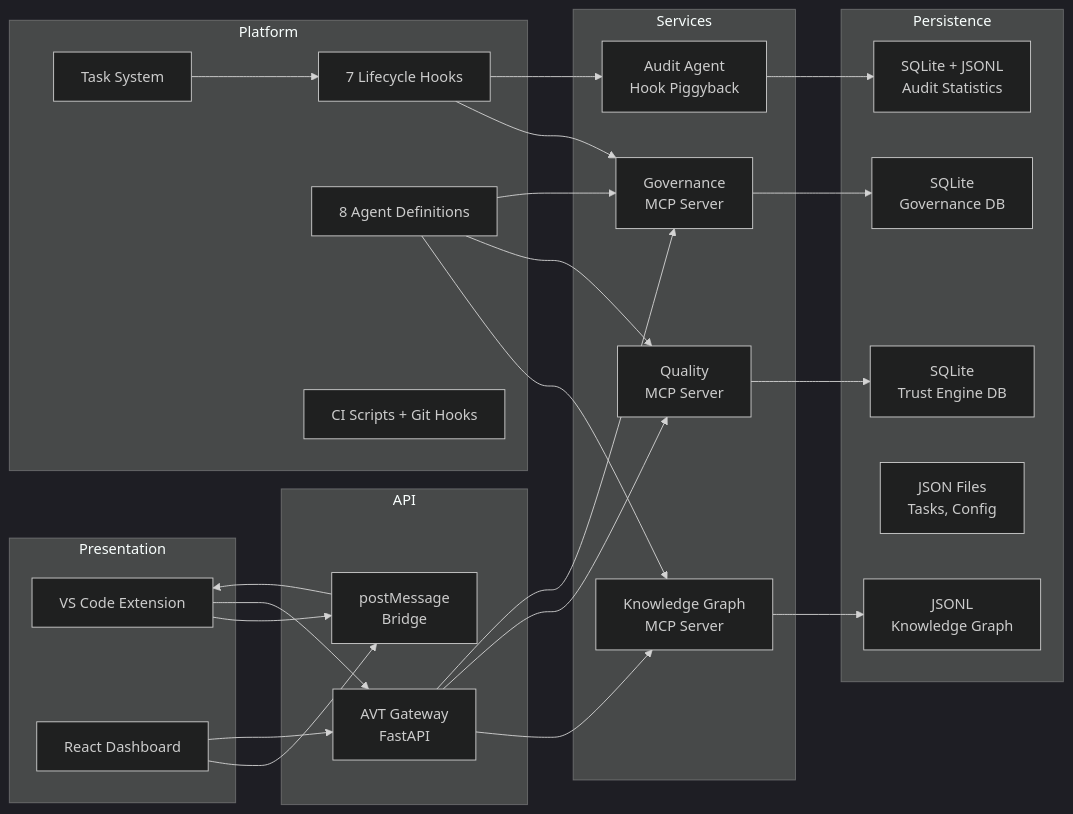
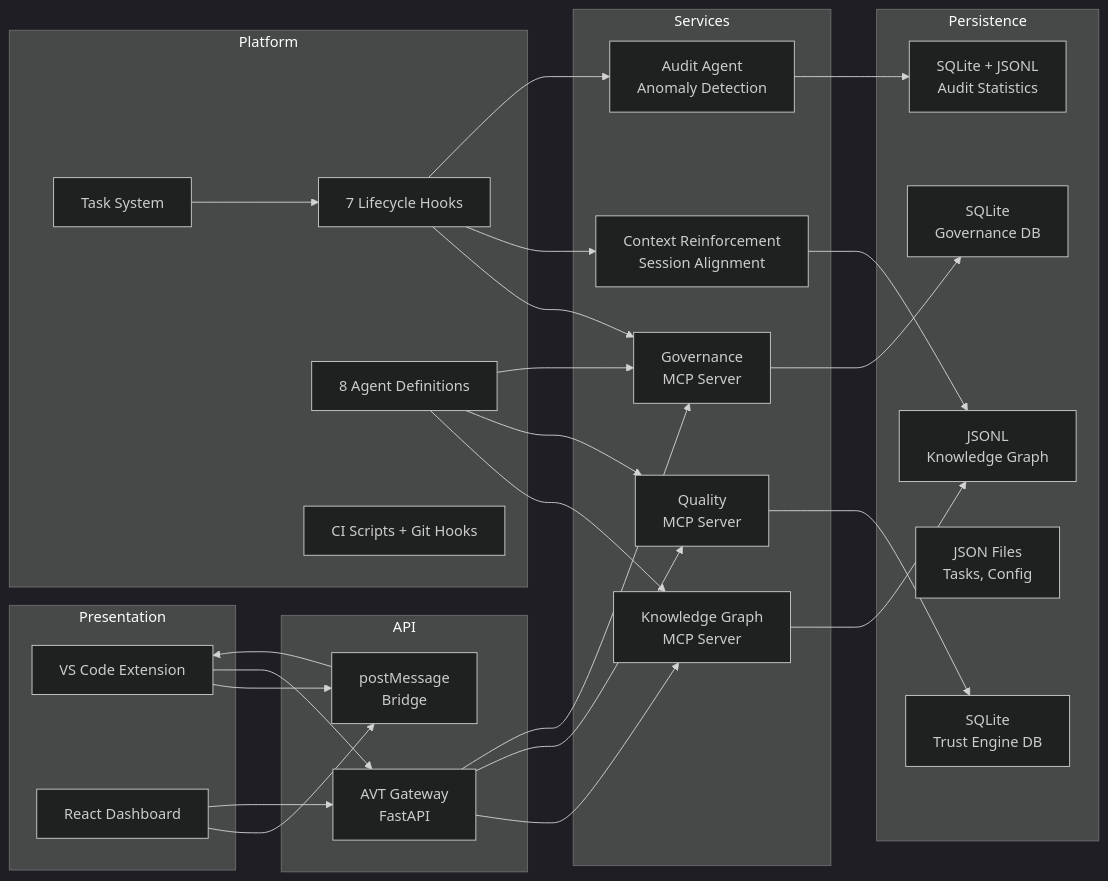
The second of 2 diagrams in docs/architecture/overview.md (sirfifer/agent-vision-team), drawn with Mermaid (dark theme) before and after one commit. The commit also changed other lines of this file and 12 other files, not shown here.

Commit message:
feat: introduce audit agent for system health monitoring and context reinforcement for agent alignment, updating architecture, documentation, and dashboard components.

````diff
--- a/docs/architecture/overview.md
+++ b/docs/architecture/overview.md
@@ -59,53 +62,56 @@
 ```mermaid
 graph LR
     subgraph Presentation
         Ext[VS Code Extension]
         Dash[React Dashboard]
     end
 
     subgraph API
         GW[AVT Gateway<br/>FastAPI]
         PM[postMessage<br/>Bridge]
     end
 
     subgraph Services
         KG[Knowledge Graph<br/>MCP Server]
         QS[Quality<br/>MCP Server]
         GOV[Governance<br/>MCP Server]
-        AUD[Audit Agent<br/>Hook Piggyback]
+        CR[Context Reinforcement<br/>Session Alignment]
+        AUD[Audit Agent<br/>Anomaly Detection]
     end
 
     subgraph Persistence
         JSONL[JSONL<br/>Knowledge Graph]
         SQLite1[SQLite<br/>Governance DB]
         SQLite2[SQLite<br/>Trust Engine DB]
         JSON[JSON Files<br/>Tasks, Config]
         AuditDB[SQLite + JSONL<br/>Audit Statistics]
     end
 
     subgraph Platform
         Hooks[7 Lifecycle Hooks]
         Agents[8 Agent Definitions]
         Tasks[Task System]
         CI[CI Scripts + Git Hooks]
     end
 
     Ext --> PM
     Ext --> GW
     Dash --> PM
     Dash --> GW
     GW --> KG
     GW --> QS
     GW --> GOV
     PM --> Ext
     KG --> JSONL
     GOV --> SQLite1
     QS --> SQLite2
     Hooks --> GOV
+    Hooks --> CR
     Hooks --> AUD
+    CR --> JSONL
     AUD --> AuditDB
     Agents --> KG
     Agents --> QS
     Agents --> GOV
     Tasks --> Hooks
 ```
````
